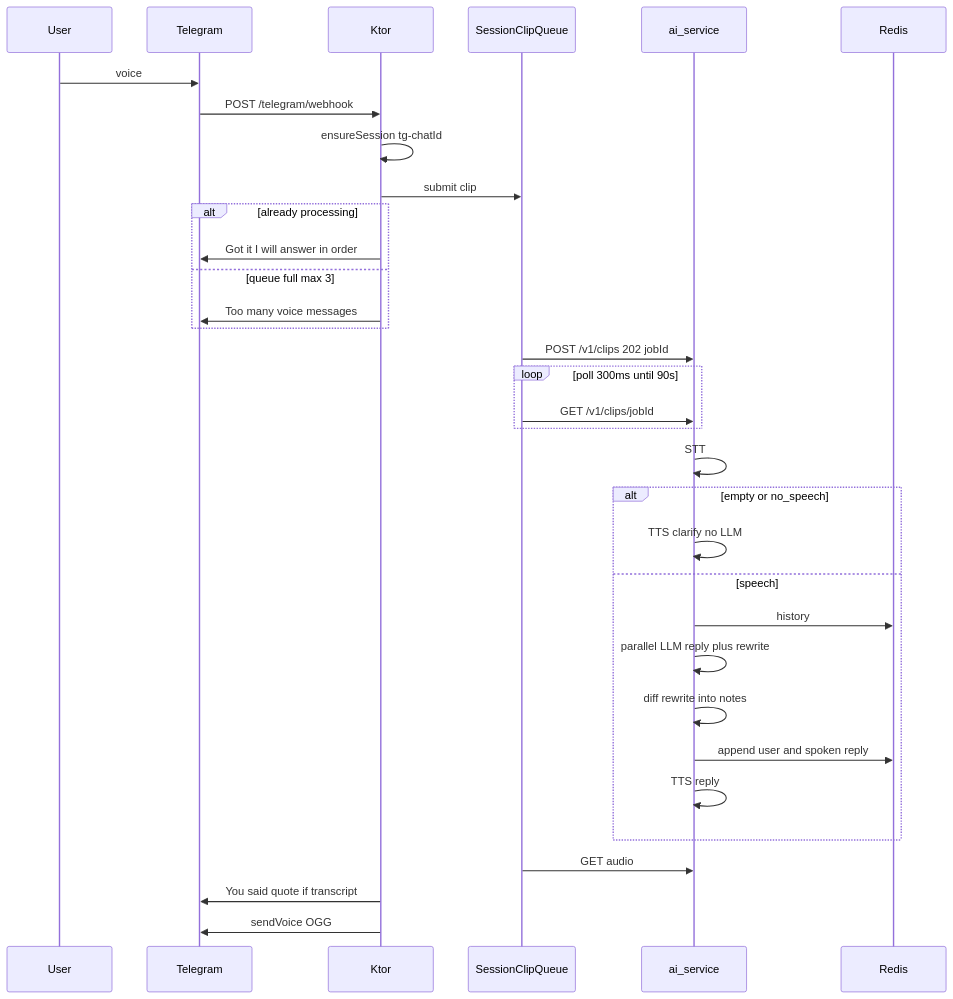
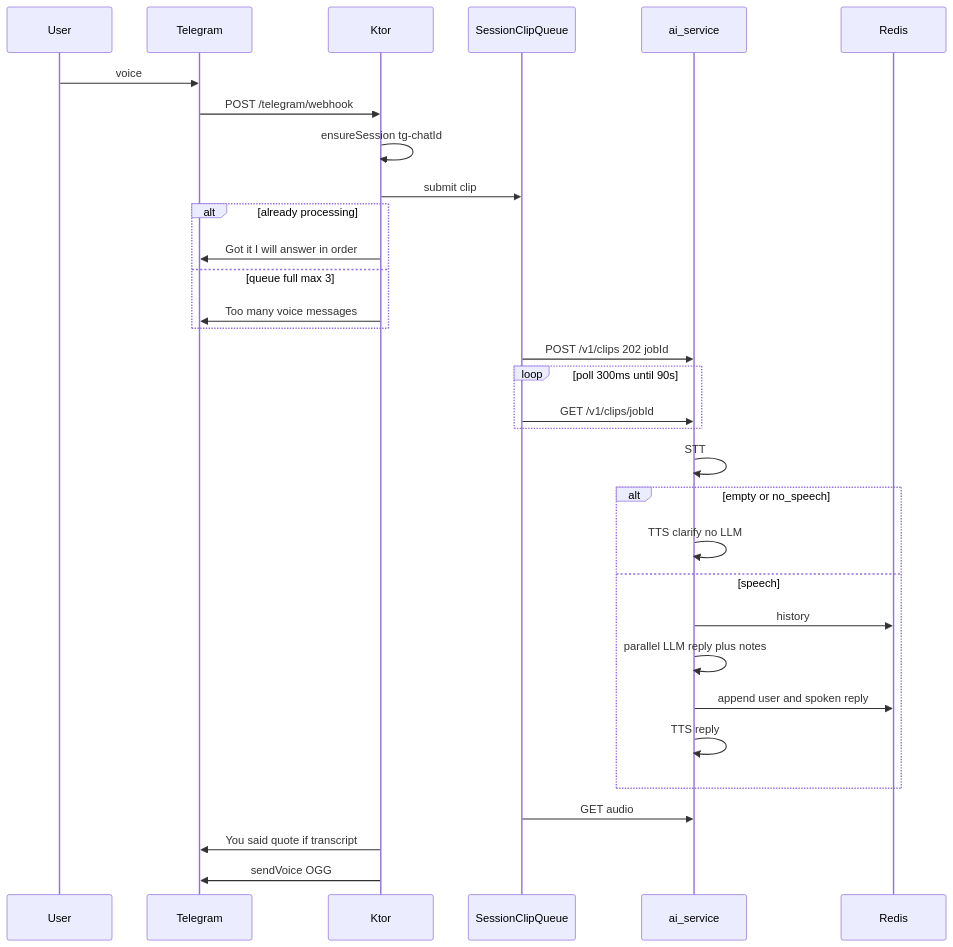
The second of 4 diagrams in ai_docs/architecture.md (greenblat17/1billion-dollar-startup), drawn with Mermaid before and after one commit. The commit also changed other lines of this file and 13 other files, not shown here.

````diff
--- a/ai_docs/architecture.md
+++ b/ai_docs/architecture.md
@@ -47,36 +47,35 @@
 ```mermaid
 sequenceDiagram
   participant User
   participant Telegram
   participant Ktor
   participant Queue as SessionClipQueue
   participant Ai as ai_service
   participant Redis
 
   User->>Telegram: voice
   Telegram->>Ktor: POST /telegram/webhook
   Ktor->>Ktor: ensureSession tg-chatId
   Ktor->>Queue: submit clip
   alt already processing
     Ktor->>Telegram: Got it I will answer in order
   else queue full max 3
     Ktor->>Telegram: Too many voice messages
   end
   Queue->>Ai: POST /v1/clips 202 jobId
   loop poll 300ms until 90s
     Queue->>Ai: GET /v1/clips/jobId
   end
   Ai->>Ai: STT
   alt empty or no_speech
     Ai->>Ai: TTS clarify no LLM
   else speech
     Ai->>Redis: history
-    Ai->>Ai: parallel LLM reply plus rewrite
-    Ai->>Ai: diff rewrite into notes
+    Ai->>Ai: parallel LLM reply plus notes
     Ai->>Redis: append user and spoken reply
     Ai->>Ai: TTS reply
   end
   Queue->>Ai: GET audio
   Ktor->>Telegram: You said quote if transcript
   Ktor->>Telegram: sendVoice OGG
 ```
````
